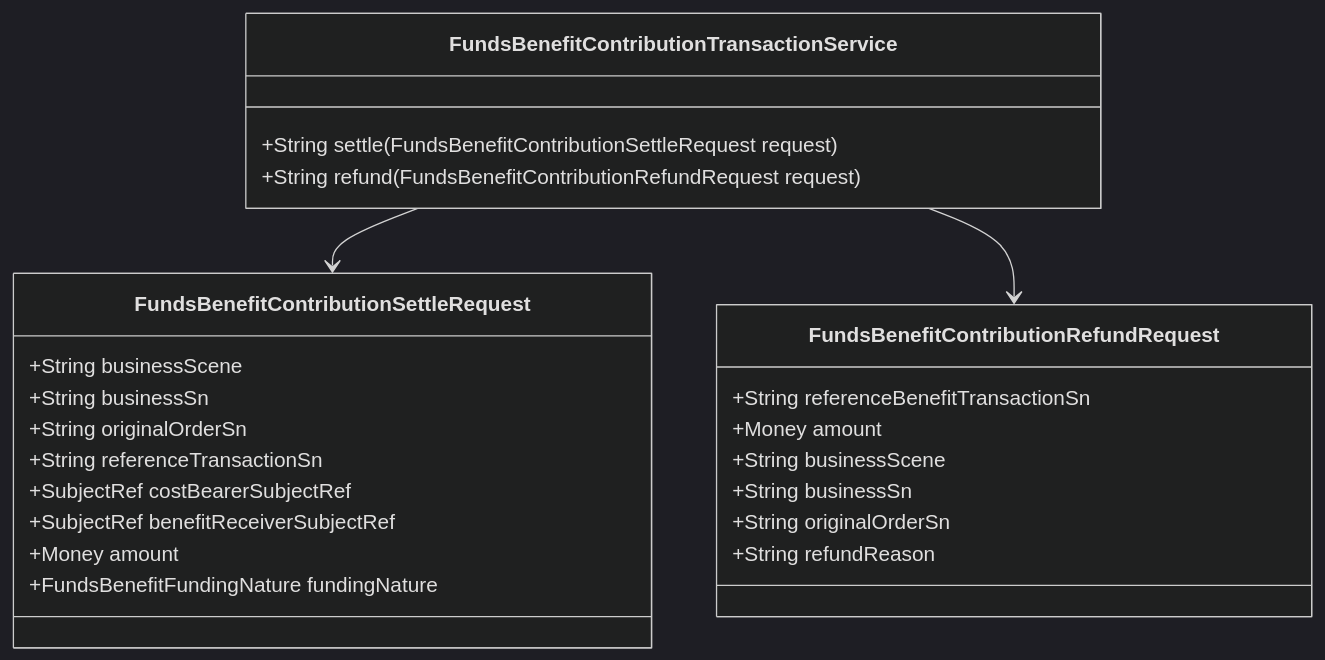
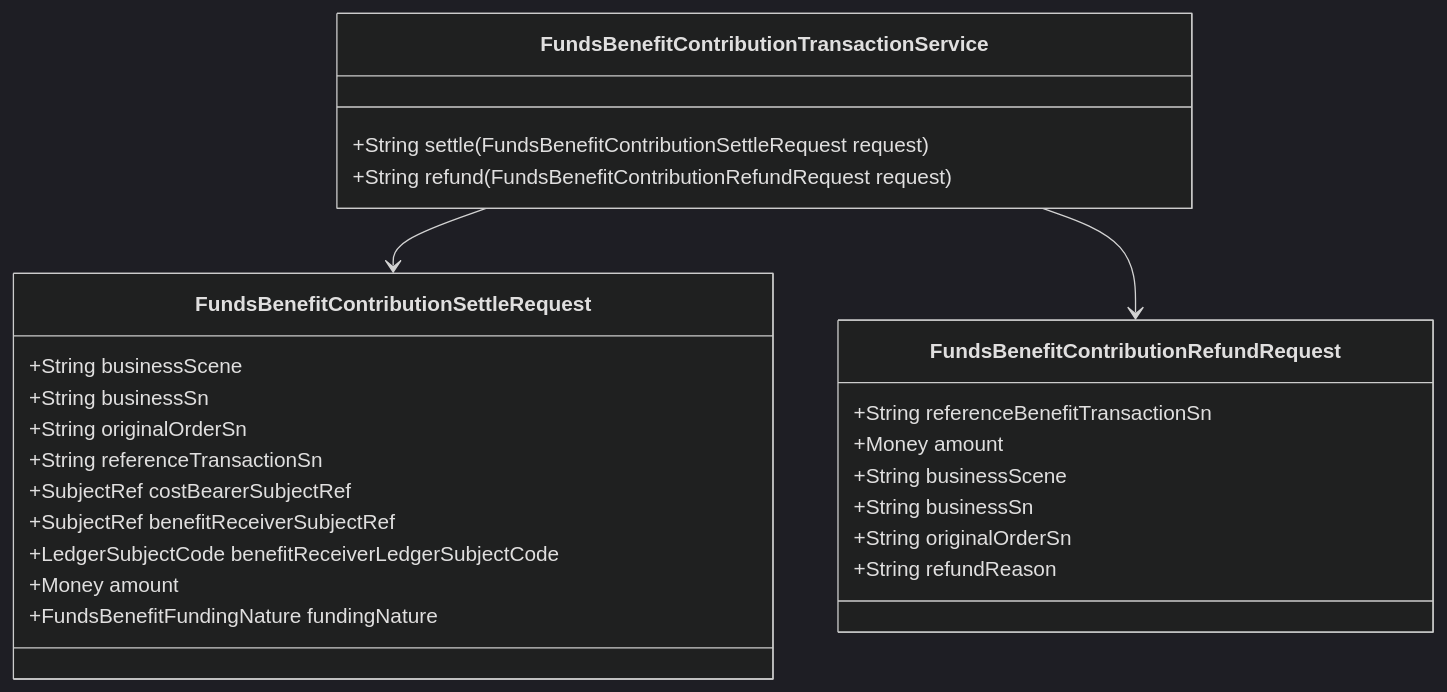
Before and after one commit to fengwuxp/wind-funds: the second of 2 diagrams in docs/DSL设计/支付资金底座DSL承载层设计.md, drawn with Mermaid (dark theme). The commit also changed other lines of this file and 73 other files, not shown here.

````diff
--- a/docs/DSL设计/支付资金底座DSL承载层设计.md
+++ b/docs/DSL设计/支付资金底座DSL承载层设计.md
@@ -638,30 +639,31 @@
 ```mermaid
 classDiagram
     class FundsBenefitContributionTransactionService {
       +String settle(FundsBenefitContributionSettleRequest request)
       +String refund(FundsBenefitContributionRefundRequest request)
     }
 
     class FundsBenefitContributionSettleRequest {
       +String businessScene
       +String businessSn
       +String originalOrderSn
       +String referenceTransactionSn
       +SubjectRef costBearerSubjectRef
       +SubjectRef benefitReceiverSubjectRef
+      +LedgerSubjectCode benefitReceiverLedgerSubjectCode
       +Money amount
       +FundsBenefitFundingNature fundingNature
     }
 
     class FundsBenefitContributionRefundRequest {
       +String referenceBenefitTransactionSn
       +Money amount
       +String businessScene
       +String businessSn
       +String originalOrderSn
       +String refundReason
     }
 
     FundsBenefitContributionTransactionService --> FundsBenefitContributionSettleRequest
     FundsBenefitContributionTransactionService --> FundsBenefitContributionRefundRequest
 ```
````
